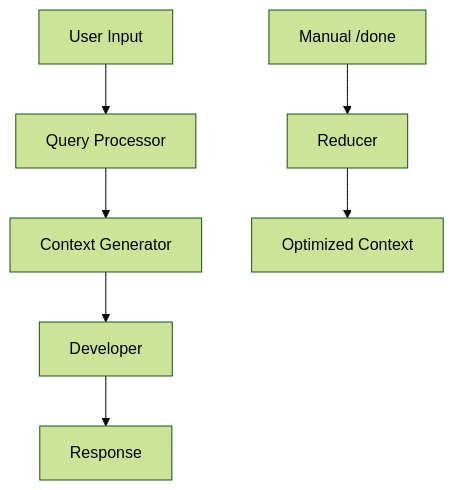
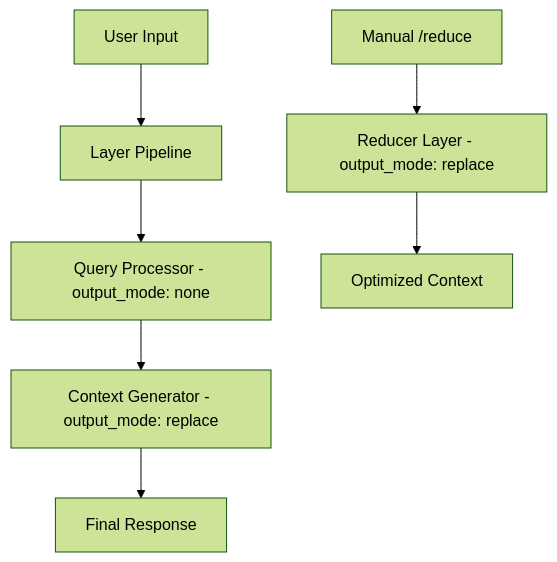
Before and after one commit to Muvon/octomind: the diagram in doc/05-sessions.md, drawn with Mermaid (forest theme). The commit also changed other lines of this file and 18 other files, not shown here.

````diff
--- a/doc/05-sessions.md
+++ b/doc/05-sessions.md
@@ -490,10 +495,10 @@
 ```mermaid
 graph TB
-    A[User Input] --> B[Query Processor]
-    B --> C[Context Generator]
-    C --> D[Developer]
-    D --> E[Response]
+    A[User Input] --> B[Layer Pipeline]
+    B --> C[Query Processor - output_mode: none]
+    C --> D[Context Generator - output_mode: replace]
+    D --> E[Final Response]
 
-    F[Manual /done] --> G[Reducer]
+    F[Manual /reduce] --> G[Reducer Layer - output_mode: replace]
     G --> H[Optimized Context]
 ```
````
